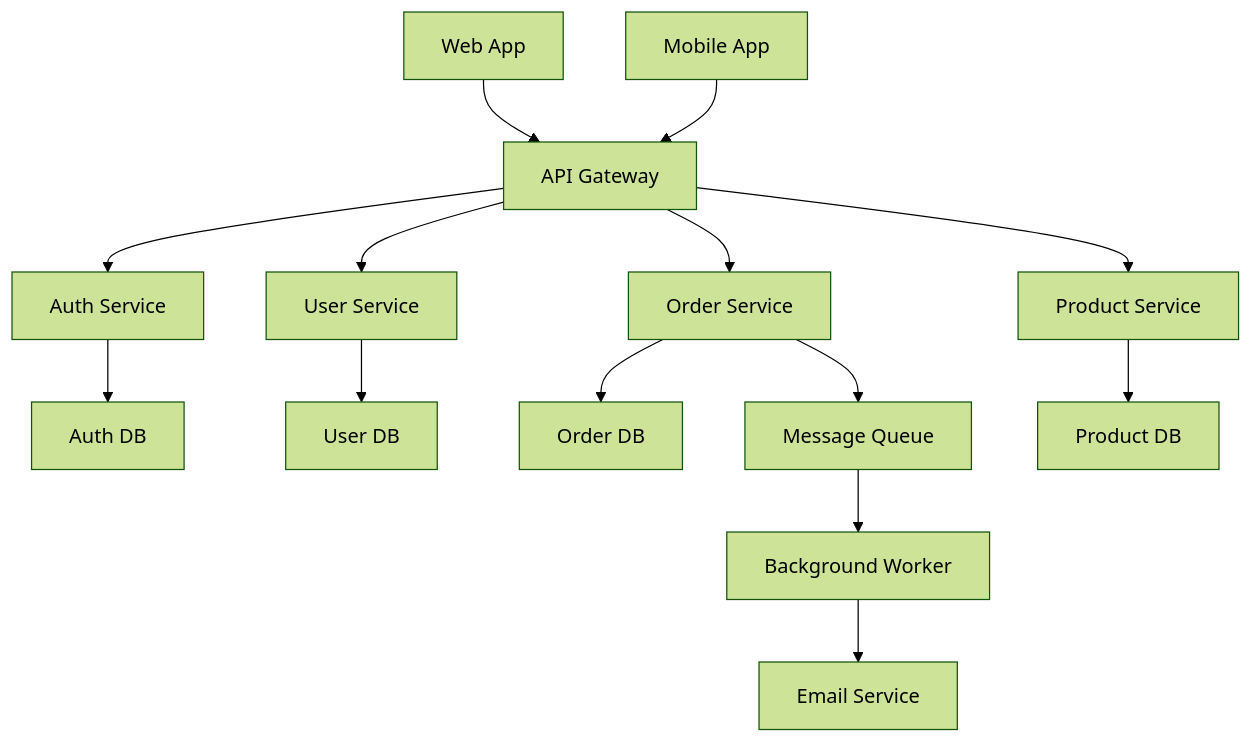
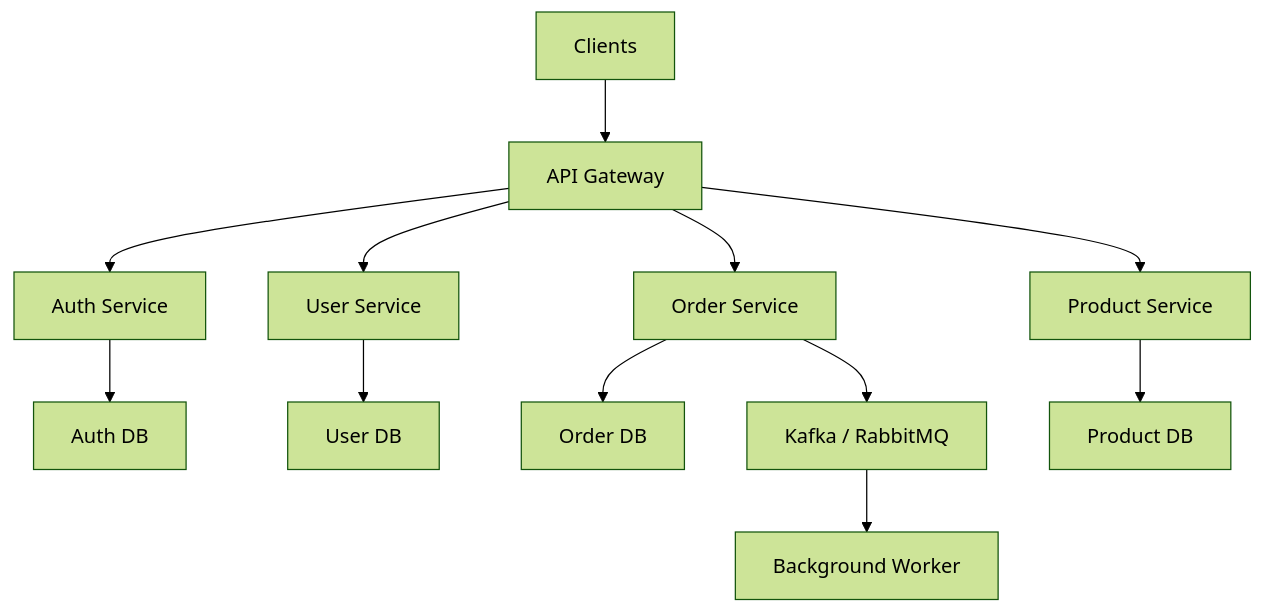
The third of 26 diagrams in ARCHITECTURE.md (quesiblaq442-del/architecture-diagram), drawn with Mermaid (forest theme) before and after one commit. The commit also changed other lines of this file, not shown here.

Commit message:
Refresh the architecture document for a more polished, eye-catching overview

````diff
--- a/ARCHITECTURE.md
+++ b/ARCHITECTURE.md
@@ -43,18 +94,16 @@
 ```mermaid
 graph TB
-    Web["Web App"] --> Gateway["API Gateway"]
-    Mobile["Mobile App"] --> Gateway
-    Gateway --> Auth["Auth Service"]
-    Gateway --> User["User Service"]
-    Gateway --> Order["Order Service"]
-    Gateway --> Product["Product Service"]
+    Client["Clients"] --> GW["API Gateway"]
+    GW --> Auth["Auth Service"]
+    GW --> User["User Service"]
+    GW --> Order["Order Service"]
+    GW --> Product["Product Service"]
 
     Auth --> AuthDB["Auth DB"]
     User --> UserDB["User DB"]
     Order --> OrderDB["Order DB"]
     Product --> ProductDB["Product DB"]
 
-    Order --> MQ["Message Queue"]
+    Order --> MQ["Kafka / RabbitMQ"]
     MQ --> Worker["Background Worker"]
-    Worker --> Email["Email Service"]
 ```
````
